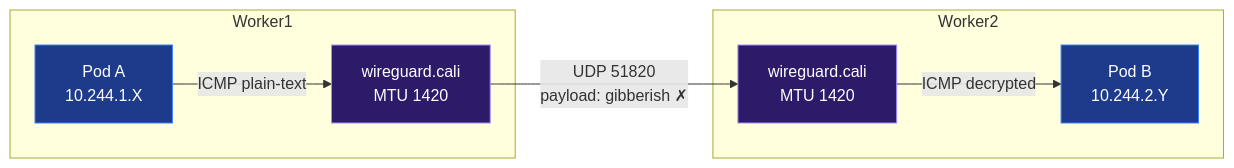
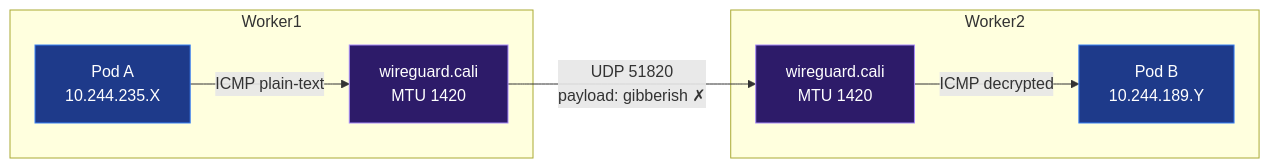
The second of 2 diagrams in kubernetes-networking/k8s-lab/tap-17-wireguard/lab-guide.md (thangphan205/network-thuc-chien), drawn with Mermaid before and after one commit. The commit also changed other lines of this file and 1 other file, not shown here.

````diff
--- a/kubernetes-networking/k8s-lab/tap-17-wireguard/lab-guide.md
+++ b/kubernetes-networking/k8s-lab/tap-17-wireguard/lab-guide.md
@@ -42,20 +42,20 @@
 ```mermaid
 graph LR
     subgraph Worker1
-        PodA["Pod A\n10.244.1.X"]
+        PodA["Pod A\n10.244.235.X"]
         wg1["wireguard.cali\nMTU 1420"]
     end
     subgraph Worker2
         wg2["wireguard.cali\nMTU 1420"]
-        PodB["Pod B\n10.244.2.Y"]
+        PodB["Pod B\n10.244.189.Y"]
     end
 
     PodA -->|"ICMP plain-text"| wg1
     wg1 -->|"UDP 51820\npayload: gibberish ✗"| wg2
     wg2 -->|"ICMP decrypted"| PodB
 
     classDef pod fill:#1e3a8a,stroke:#3b82f6,color:#fff;
     classDef wg fill:#2d1b69,stroke:#a78bfa,color:#fff;
     class PodA,PodB pod;
     class wg1,wg2 wg;
 ```
````
